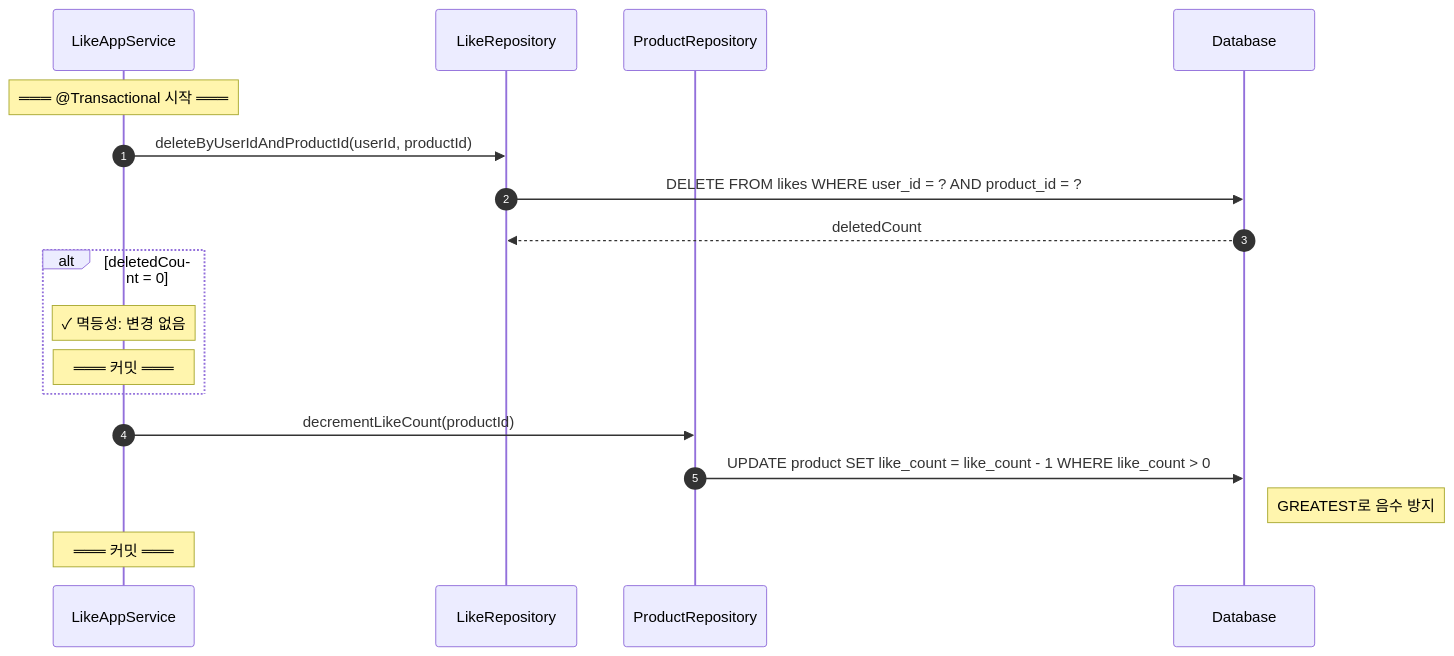
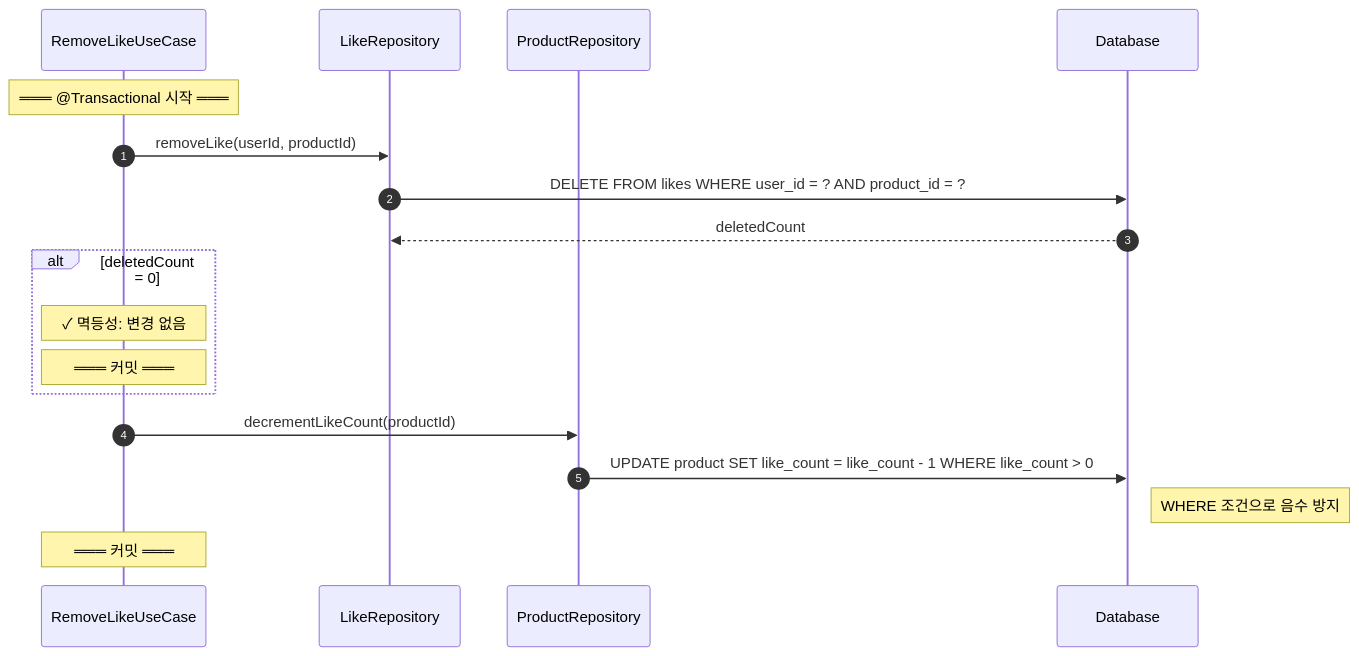
The third of 4 diagrams in docs/design/02-sequence-diagram-tech.md (Loopers-dev-lab/loop-pack-be-l2-vol3-kotlin), drawn with Mermaid before and after one commit. The commit also changed other lines of this file and 16 other files, not shown here.

````diff
--- a/docs/design/02-sequence-diagram-tech.md
+++ b/docs/design/02-sequence-diagram-tech.md
@@ -218,25 +221,25 @@
 ```mermaid
 sequenceDiagram
     autonumber
-    participant App as LikeAppService
+    participant App as RemoveLikeUseCase
     participant LikeRepo as LikeRepository
     participant ProdRepo as ProductRepository
     participant DB as Database
 
     Note over App: ═══ @Transactional 시작 ═══
 
-    App->>LikeRepo: deleteByUserIdAndProductId(userId, productId)
+    App->>LikeRepo: removeLike(userId, productId)
     LikeRepo->>DB: DELETE FROM likes WHERE user_id = ? AND product_id = ?
     DB-->>LikeRepo: deletedCount
 
     alt deletedCount = 0
         Note over App: ✓ 멱등성: 변경 없음
         Note over App: ═══ 커밋 ═══
     end
 
     App->>ProdRepo: decrementLikeCount(productId)
     ProdRepo->>DB: UPDATE product SET like_count = like_count - 1 WHERE like_count > 0
-    Note right of DB: GREATEST로 음수 방지
+    Note right of DB: WHERE 조건으로 음수 방지
 
     Note over App: ═══ 커밋 ═══
 ```
````
